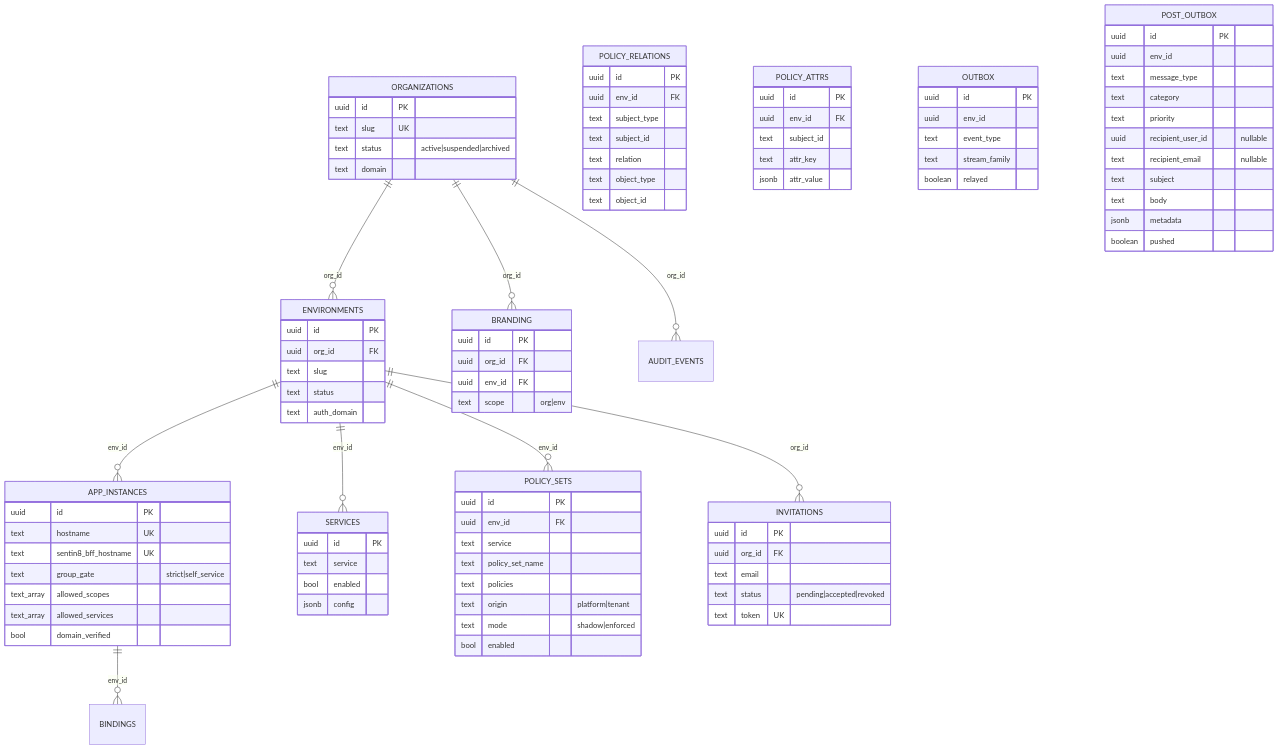
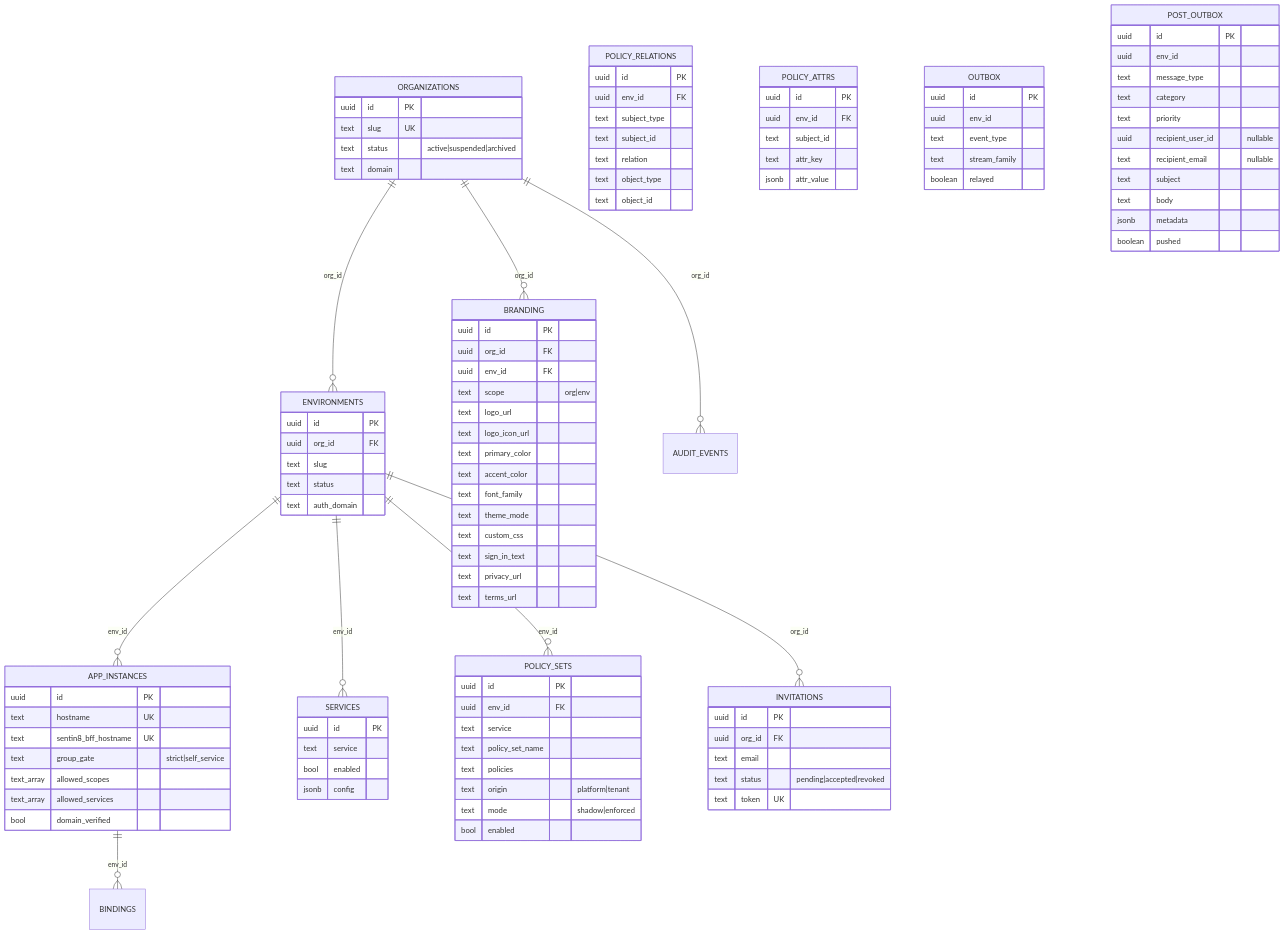
One commit to Sentin8/sentin8-site changed the fourth of 9 diagrams in docs/services/sys/design.md. Above: the diagram before and after it, drawn with Mermaid. The commit also changed other lines of this file and 13 other files, not shown here.

```diff
--- a/docs/services/sys/design.md
+++ b/docs/services/sys/design.md
@@ -220,6 +220,16 @@
         uuid org_id FK
         uuid env_id FK
         text scope "org|env"
+        text logo_url
+        text logo_icon_url
+        text primary_color
+        text accent_color
+        text font_family
+        text theme_mode
+        text custom_css
+        text sign_in_text
+        text privacy_url
+        text terms_url
     }
     OUTBOX {
         uuid id PK
```
